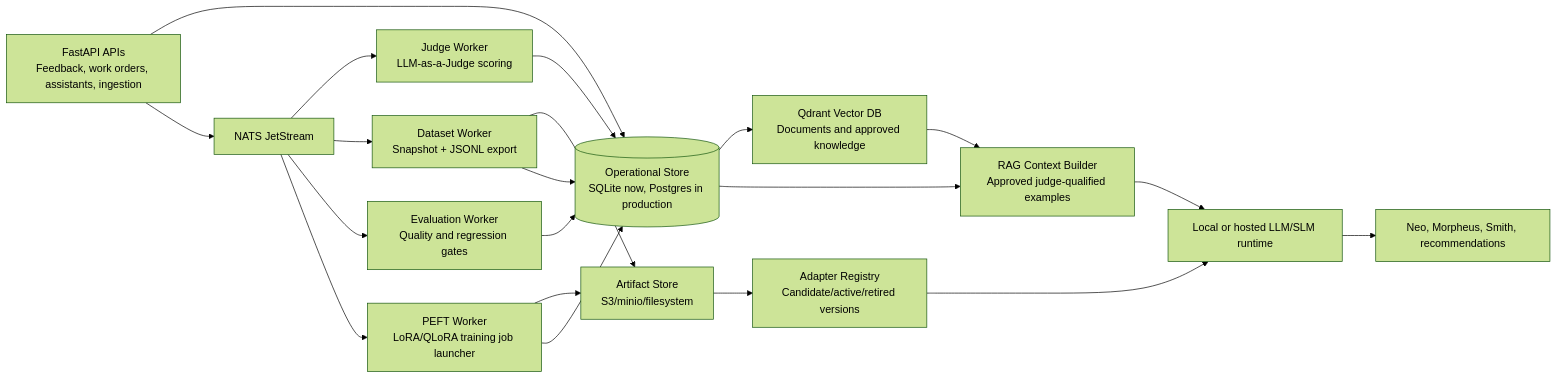
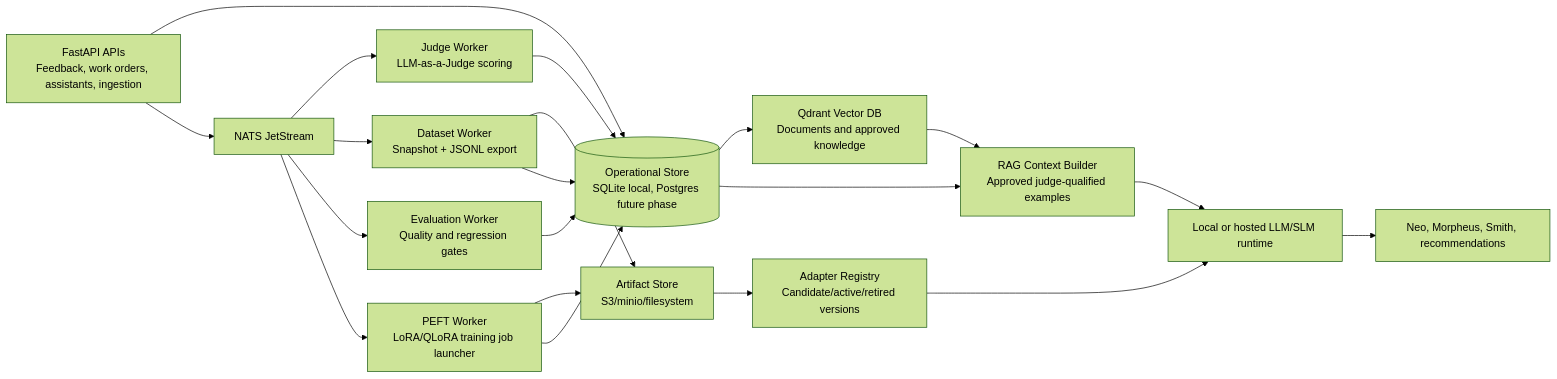
Before and after one commit to ragavendran-r/ai-powered-maintenance-wizard: the diagram in docs/rag-peft-nats-learning-architecture.md, drawn with Mermaid (forest theme). The commit also changed other lines of this file and 22 other files, not shown here.

````diff
--- a/docs/rag-peft-nats-learning-architecture.md
+++ b/docs/rag-peft-nats-learning-architecture.md
@@ -17,25 +17,25 @@
 ```mermaid
 flowchart LR
-  app["FastAPI APIs<br/>Feedback, work orders, assistants, ingestion"] --> db[("Operational Store<br/>SQLite now, Postgres in production")]
+  app["FastAPI APIs<br/>Feedback, work orders, assistants, ingestion"] --> db[("Operational Store<br/>SQLite local, Postgres future phase")]
   app --> nats["NATS JetStream"]
 
   nats --> judgeWorker["Judge Worker<br/>LLM-as-a-Judge scoring"]
   nats --> datasetWorker["Dataset Worker<br/>Snapshot + JSONL export"]
   nats --> evalWorker["Evaluation Worker<br/>Quality and regression gates"]
   nats --> peftWorker["PEFT Worker<br/>LoRA/QLoRA training job launcher"]
 
   judgeWorker --> db
   datasetWorker --> artifactStore["Artifact Store<br/>S3/minio/filesystem"]
   datasetWorker --> db
   peftWorker --> artifactStore
   peftWorker --> db
   evalWorker --> db
 
   db --> qdrant["Qdrant Vector DB<br/>Documents and approved knowledge"]
   db --> rag["RAG Context Builder<br/>Approved judge-qualified examples"]
   qdrant --> rag
   artifactStore --> adapter["Adapter Registry<br/>Candidate/active/retired versions"]
   adapter --> llm["Local or hosted LLM/SLM runtime"]
   rag --> llm
   llm --> assistants["Neo, Morpheus, Smith, recommendations"]
 ```
````
